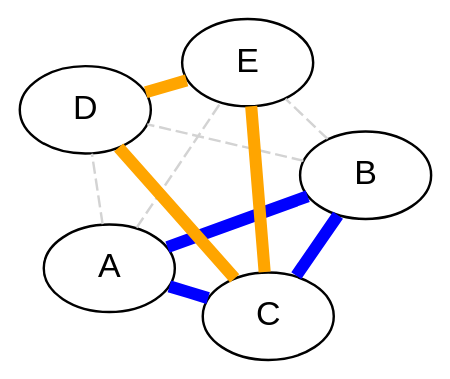
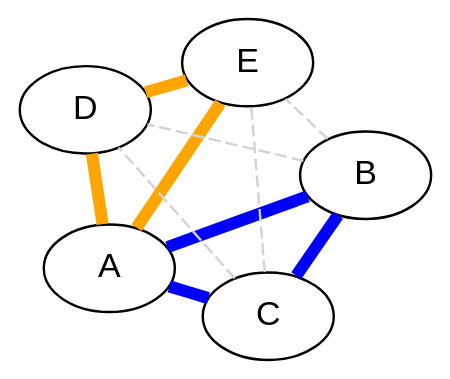
The diagram in media/CAP/DoubleQuorum.dot (lvh/DistributedSystems101), drawn with Graphviz before and after one commit. The commit also changed 3 other files, not shown here.

```diff
--- a/media/CAP/DoubleQuorum.dot
+++ b/media/CAP/DoubleQuorum.dot
@@ -1,38 +1,40 @@
 graph DoubleQuorum {
         bgcolor="transparent";
         node [fontname="Helvetica"];
         layout=fdp;        
         
         Node1 [label="A"];
+        
         Node2 [label="B"];
-
         Node3 [label="C"];
 
         Node4 [label="D"];
         Node5 [label="E"];
 
-        {
+        {                
                 edge [color=blue, penwidth=5];
-                
+
+                // A B C
                 Node1 -- Node2;
                 Node1 -- Node3;       
                 Node2 -- Node3;
         }
 
         {
                 edge [color=orange, penwidth=5];
-                
-                Node3 -- Node4;                
-                Node3 -- Node5;               
+
+                // A D E
+                Node1 -- Node4;                
+                Node1 -- Node5;               
                 Node4 -- Node5;
         }
         
         {
                 edge [color=lightgrey, style=dashed];                
                 
-                Node1 -- Node4;
-                Node1 -- Node5;
                 Node2 -- Node4;
                 Node2 -- Node5;
+                Node3 -- Node4;
+                Node3 -- Node5;
         }
 }
```
